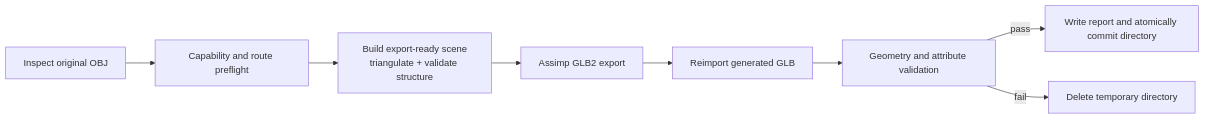
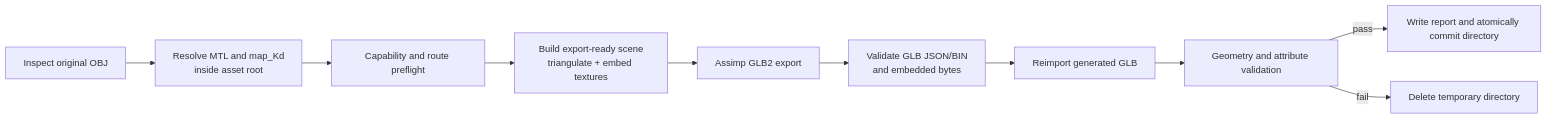
Before and after one commit to Fuyan-TA/AssetBridge: the diagram in docs/VALIDATION_PIPELINE.md, drawn with Mermaid. The commit also changed other lines of this file and 5 other files, not shown here.

````diff
--- a/docs/VALIDATION_PIPELINE.md
+++ b/docs/VALIDATION_PIPELINE.md
@@ -6,10 +6,12 @@
 ```mermaid
 flowchart LR
-    Inspect["Inspect original OBJ"] --> Preflight["Capability and route preflight"]
-    Preflight --> Ready["Build export-ready scene<br/>triangulate + validate structure"]
+    Inspect["Inspect original OBJ"] --> Resolve["Resolve MTL and map_Kd<br/>inside asset root"]
+    Resolve --> Preflight["Capability and route preflight"]
+    Preflight --> Ready["Build export-ready scene<br/>triangulate + embed textures"]
     Ready --> Export["Assimp GLB2 export"]
-    Export --> Reimport["Reimport generated GLB"]
+    Export --> Container["Validate GLB JSON/BIN<br/>and embedded bytes"]
+    Container --> Reimport["Reimport generated GLB"]
     Reimport --> Compare["Geometry and attribute validation"]
     Compare -->|pass| Commit["Write report and atomically commit directory"]
     Compare -->|fail| Rollback["Delete temporary directory"]
 ```
````
